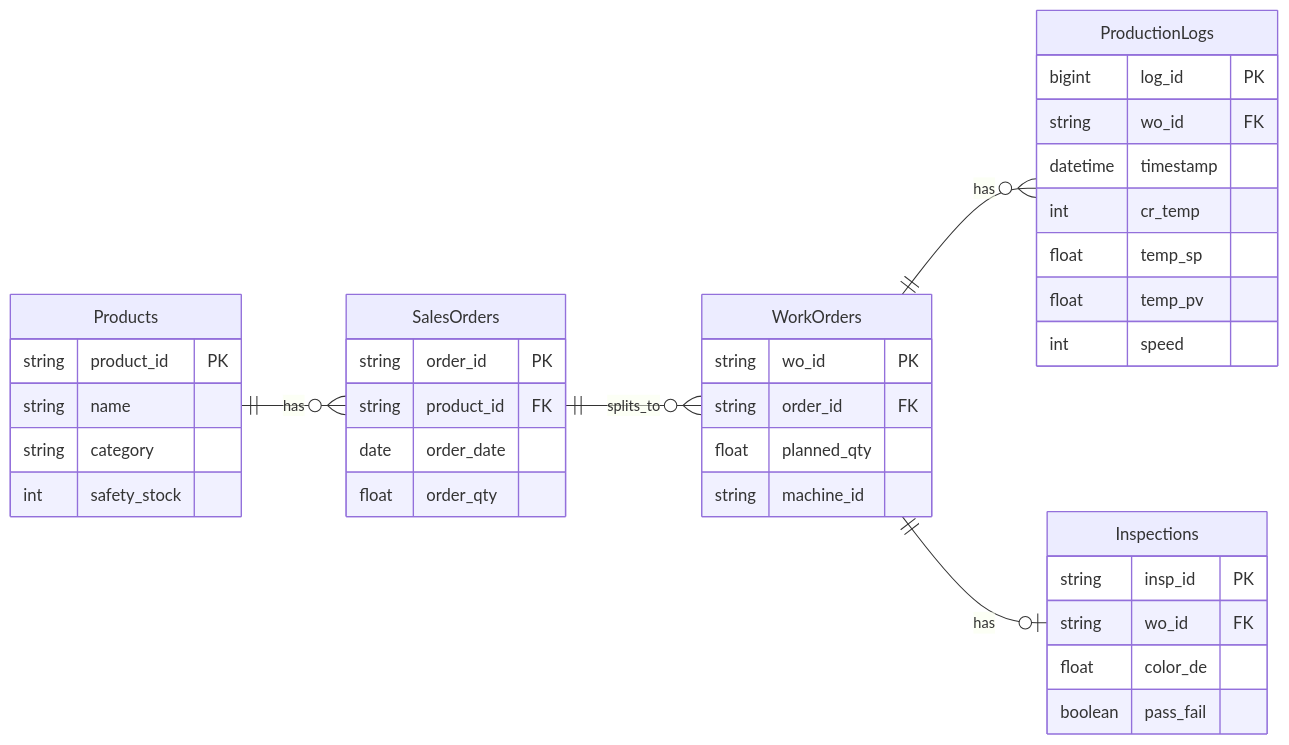
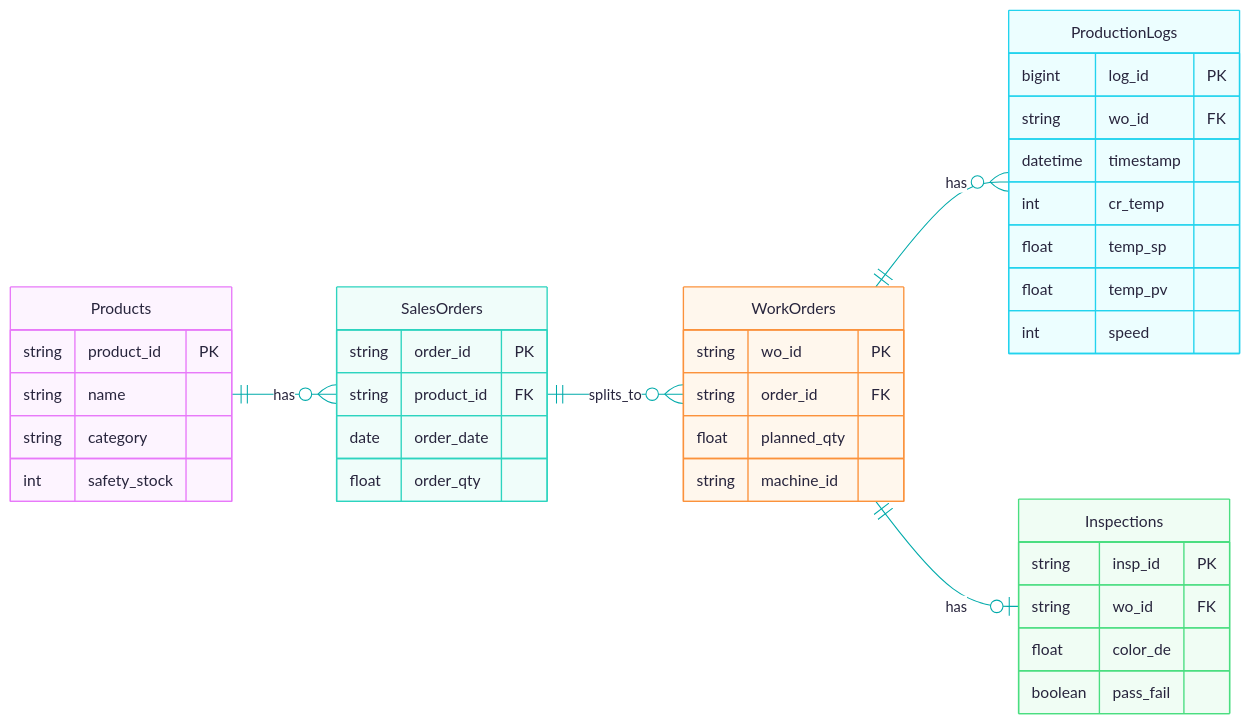
One commit to dapin1490/satinbower changed the diagram in _posts/HAE 모빌리티 SW 스쿨/2026-04-27-HAE-web-prj.md. Above: the diagram before and after it, drawn with Mermaid. The commit also changed 1 other file, not shown here.

Commit message:
edit: 머메이드 차트 config 추가, README 예시 태그 수정

```diff
--- a/_posts/HAE 모빌리티 SW 스쿨/2026-04-27-HAE-web-prj.md
+++ b/_posts/HAE 모빌리티 SW 스쿨/2026-04-27-HAE-web-prj.md
@@ -168,48 +168,50 @@
     <pre class="mermaid">
+
+    %%{init: { 'theme': 'redux-color', 'themeVariables': { 'lineColor': '#00aaaa', 'fontSize': '15px', 'background': '#000000' } } }%%
 
     erDiagram
       direction LR
       Products {
         string product_id PK ""
         string name  ""
         string category  ""
         int safety_stock  ""
       }
 
       SalesOrders {
         string order_id PK ""
         string product_id FK ""
         date order_date  ""
         float order_qty  ""
       }
 
       WorkOrders {
         string wo_id PK ""
         string order_id FK ""
         float planned_qty  ""
         string machine_id  ""
       }
 
       ProductionLogs {
         bigint log_id PK ""
         string wo_id FK ""
         datetime timestamp  ""
         int cr_temp  ""
         float temp_sp  ""
         float temp_pv  ""
         int speed  ""
       }
 
       Inspections {
         string insp_id PK ""
         string wo_id FK ""
         float color_de  ""
         boolean pass_fail  ""
       }
 
       Products||--o{SalesOrders:"has"
       SalesOrders||--o{WorkOrders:"splits_to"
       WorkOrders||--o{ProductionLogs:"has"
       WorkOrders||--o|Inspections:"has"
 
     </pre>
```
